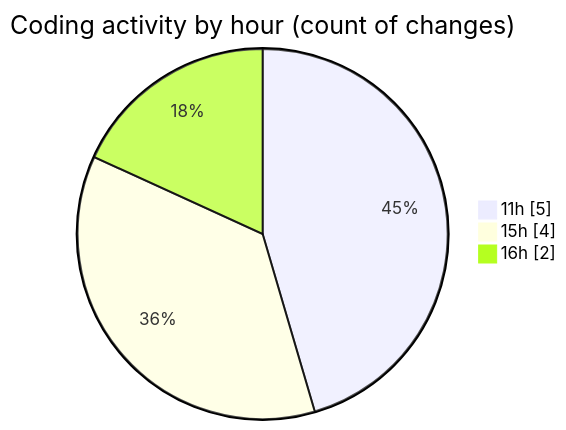
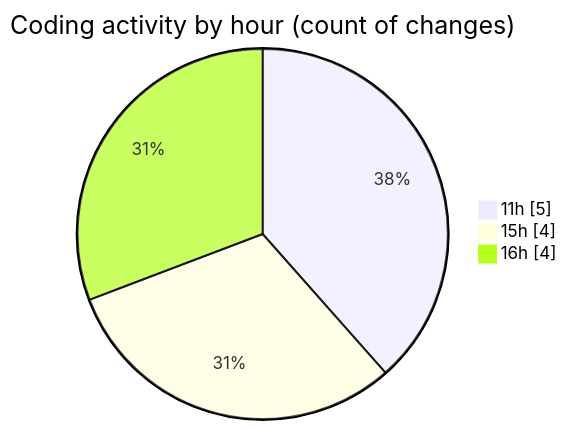
One commit to ricardozamudiocil/code-tracking changed the second of 2 diagrams in 2026-03-30/cilapp/README.md. Above: the diagram before and after it, drawn with Mermaid. The commit also changed other lines of this file and 1 other file, not shown here.

````diff
--- a/2026-03-30/cilapp/README.md
+++ b/2026-03-30/cilapp/README.md
@@ -34,7 +34,7 @@
 ```mermaid
 pie showData
 title Coding activity by hour (count of changes)
 "11h" : 5
 "15h" : 4
-"16h" : 2
+"16h" : 4
 ```
````
